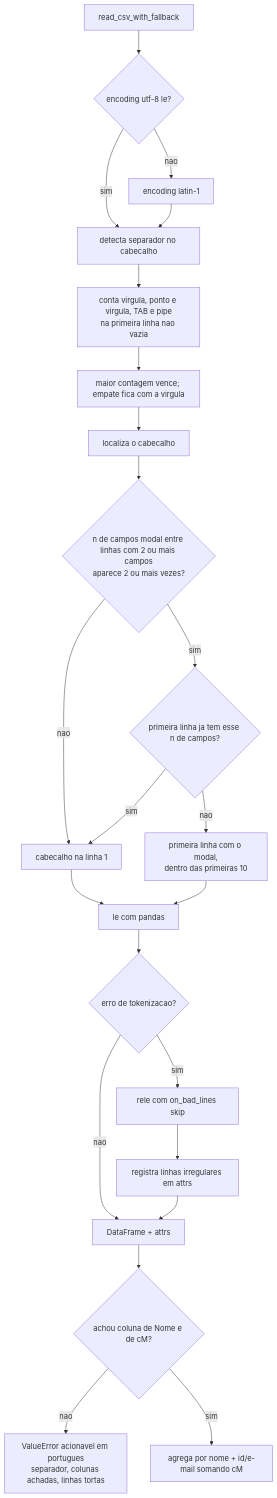
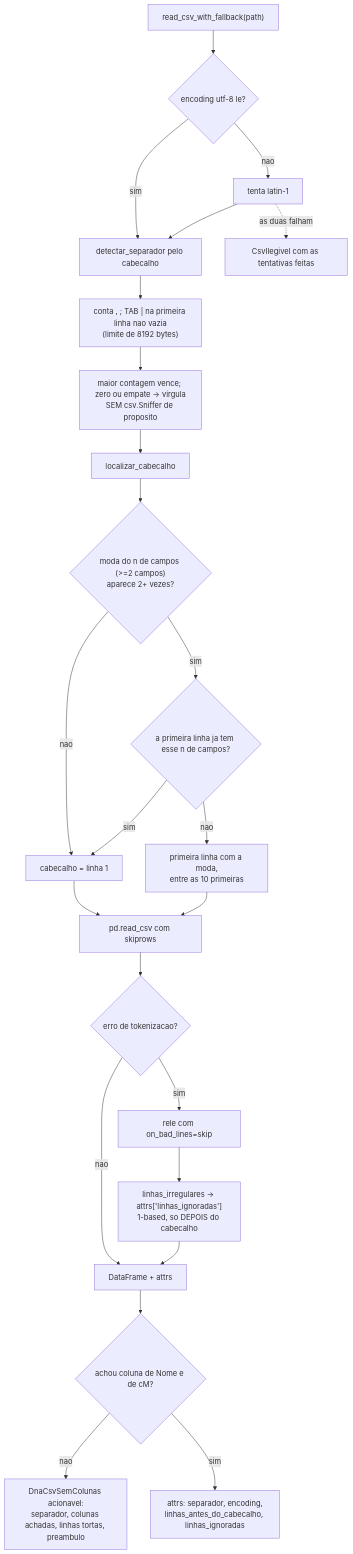
Before and after one commit to Adriano1976/reversa-analisador-genealogico: the second of 9 diagrams in _reversa_sdd/flowcharts/analise-dna.md, drawn with Mermaid. The commit also changed other lines of this file and 69 other files, not shown here.

````diff
--- a/_reversa_sdd/flowcharts/analise-dna.md
+++ b/_reversa_sdd/flowcharts/analise-dna.md
@@ -29,25 +43,26 @@
 ```mermaid
 flowchart TD
-    A[read_csv_with_fallback] --> B{encoding utf-8 le?}
-    B -- nao --> B1[encoding latin-1]
-    B -- sim --> C[detecta separador no cabecalho]
+    A["read_csv_with_fallback(path)"] --> B{"encoding utf-8 le?"}
+    B -- "nao" --> B1["tenta latin-1"]
+    B -- "sim" --> C["detectar_separador pelo cabecalho"]
     B1 --> C
-    C --> C1[conta virgula, ponto e virgula, TAB e pipe<br/>na primeira linha nao vazia]
-    C1 --> C2[maior contagem vence; empate fica com a virgula]
-    C2 --> D[localiza o cabecalho]
-    D --> D1{n de campos modal entre linhas com 2 ou mais campos<br/>aparece 2 ou mais vezes?}
-    D1 -- nao --> D2[cabecalho na linha 1]
-    D1 -- sim --> D3{primeira linha ja tem esse n de campos?}
-    D3 -- sim --> D2
-    D3 -- nao --> D4[primeira linha com o modal,<br/>dentro das primeiras 10]
-    D2 --> E[le com pandas]
+    C --> C1["conta , ; TAB | na primeira linha nao vazia<br/>(limite de 8192 bytes)"]
+    C1 --> C2["maior contagem vence; zero ou empate -> virgula<br/>SEM csv.Sniffer de proposito"]
+    C2 --> D["localizar_cabecalho"]
+    D --> D1{"moda do n de campos (>=2 campos)<br/>aparece 2+ vezes?"}
+    D1 -- "nao" --> D2["cabecalho = linha 1"]
+    D1 -- "sim" --> D3{"a primeira linha ja tem esse n de campos?"}
+    D3 -- "sim" --> D2
+    D3 -- "nao" --> D4["primeira linha com a moda,<br/>entre as 10 primeiras"]
+    D2 --> E["pd.read_csv com skiprows"]
     D4 --> E
-    E --> F{erro de tokenizacao?}
-    F -- nao --> G[DataFrame + attrs]
-    F -- sim --> F1[rele com on_bad_lines skip]
-    F1 --> F2[registra linhas irregulares em attrs]
+    E --> F{"erro de tokenizacao?"}
+    F -- "nao" --> G["DataFrame + attrs"]
+    F -- "sim" --> F1["rele com on_bad_lines=skip"]
+    F1 --> F2["linhas_irregulares -> attrs['linhas_ignoradas']<br/>1-based, so DEPOIS do cabecalho"]
     F2 --> G
-    G --> H{achou coluna de Nome e de cM?}
-    H -- nao --> H1[ValueError acionavel em portugues<br/>separador, colunas achadas, linhas tortas]
-    H -- sim --> I[agrega por nome + id/e-mail somando cM]
+    G --> H{"achou coluna de Nome e de cM?"}
+    H -- "nao" --> H1["DnaCsvSemColunas acionavel:<br/>separador, colunas achadas, linhas tortas, preambulo"]
+    H -- "sim" --> I["attrs: separador, encoding,<br/>linhas_antes_do_cabecalho, linhas_ignoradas"]
+    B1 -. "as duas falham" .-> Z["CsvIlegivel com as tentativas feitas"]
 ```
````
